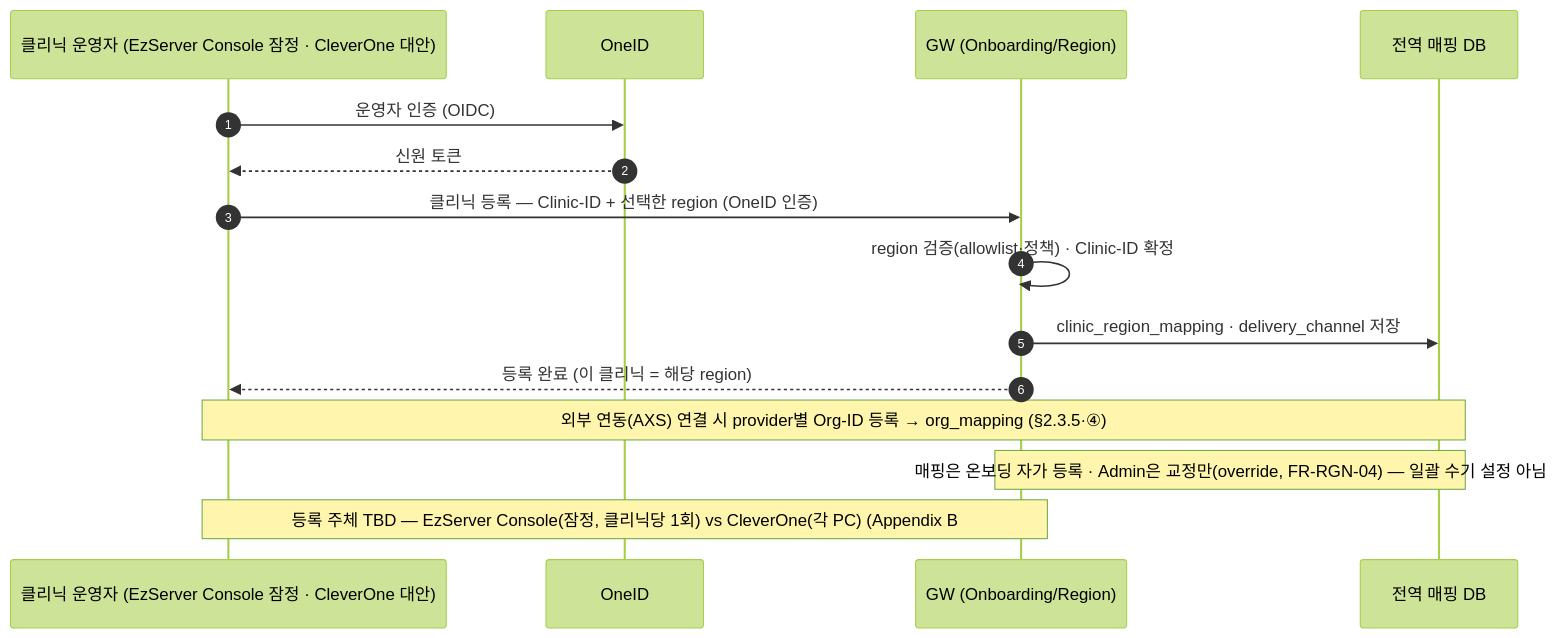
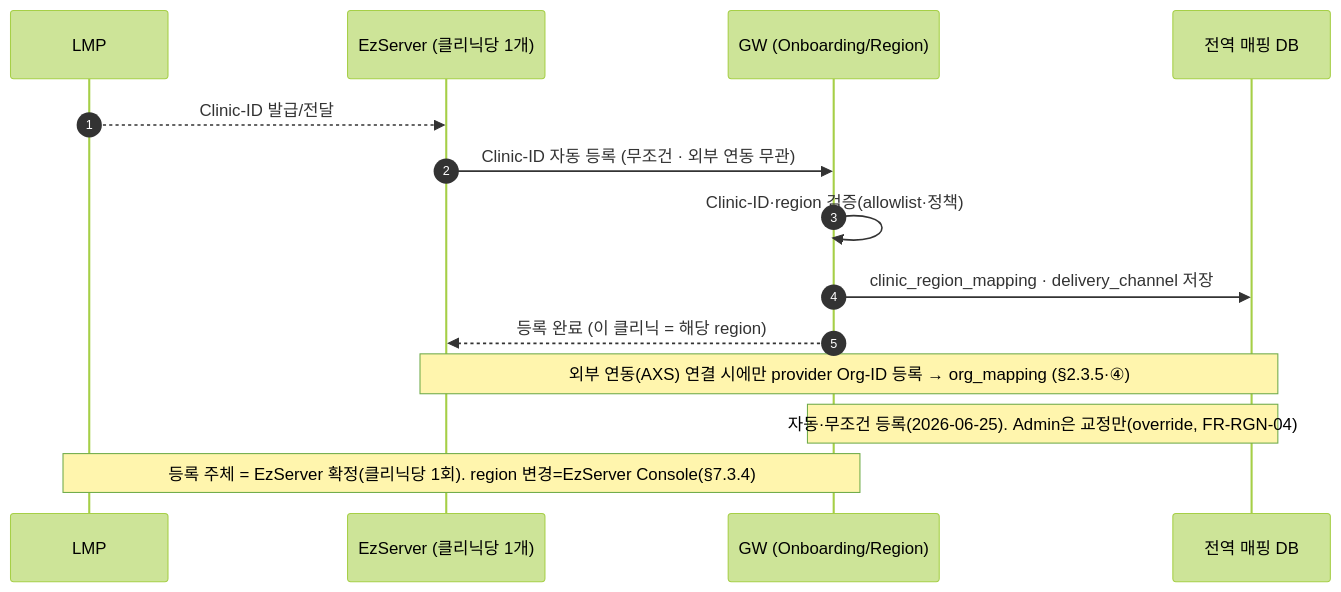
Before and after one commit to gracegyu/scp-architecture: the fourth of 11 diagrams in docs/VT_API_Gateway/08.VT_API_Gateway/specs/03-srs-gateway/SRS.md, drawn with Mermaid (forest theme). The commit also changed other lines of this file and 5 other files, not shown here.

````diff
--- a/docs/VT_API_Gateway/08.VT_API_Gateway/specs/03-srs-gateway/SRS.md
+++ b/docs/VT_API_Gateway/08.VT_API_Gateway/specs/03-srs-gateway/SRS.md
@@ -421,17 +376,16 @@
 ```mermaid
 sequenceDiagram
     autonumber
-    participant OP as 클리닉 운영자 (EzServer Console 잠정 · CleverOne 대안)
-    participant OID as OneID
+    participant LMP as LMP
+    participant EZ as EzServer (클리닉당 1개)
     participant GW as GW (Onboarding/Region)
     participant DB as 전역 매핑 DB
-    OP->>OID: 운영자 인증 (OIDC)
-    OID-->>OP: 신원 토큰
-    OP->>GW: 클리닉 등록 — Clinic-ID + 선택한 region (OneID 인증)
-    GW->>GW: region 검증(allowlist·정책) · Clinic-ID 확정
+    LMP-->>EZ: Clinic-ID 발급/전달
+    EZ->>GW: Clinic-ID 자동 등록 (무조건 · 외부 연동 무관)
+    GW->>GW: Clinic-ID·region 검증(allowlist·정책)
     GW->>DB: clinic_region_mapping · delivery_channel 저장
-    GW-->>OP: 등록 완료 (이 클리닉 = 해당 region)
-    Note over OP,DB: 외부 연동(AXS) 연결 시 provider별 Org-ID 등록 → org_mapping (§2.3.5·④)
-    Note over GW,DB: 매핑은 온보딩 자가 등록 · Admin은 교정만(override, FR-RGN-04) — 일괄 수기 설정 아님
-    Note over OP,GW: 등록 주체 TBD — EzServer Console(잠정, 클리닉당 1회) vs CleverOne(각 PC) (Appendix B #17)
+    GW-->>EZ: 등록 완료 (이 클리닉 = 해당 region)
+    Note over EZ,DB: 외부 연동(AXS) 연결 시에만 provider Org-ID 등록 → org_mapping (§2.3.5·④)
+    Note over GW,DB: 자동·무조건 등록(2026-06-25). Admin은 교정만(override, FR-RGN-04)
+    Note over LMP,GW: 등록 주체 = EzServer 확정(클리닉당 1회). region 변경=EzServer Console(§7.3.4)
 ```
````
